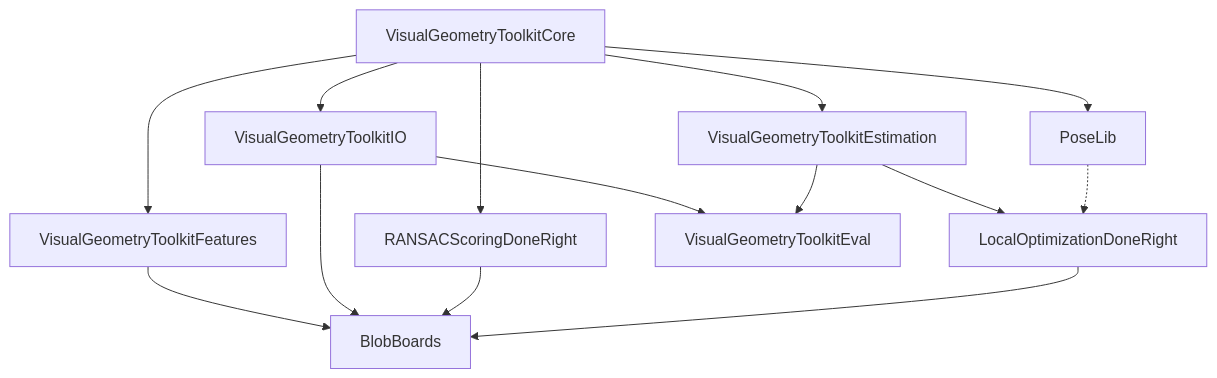
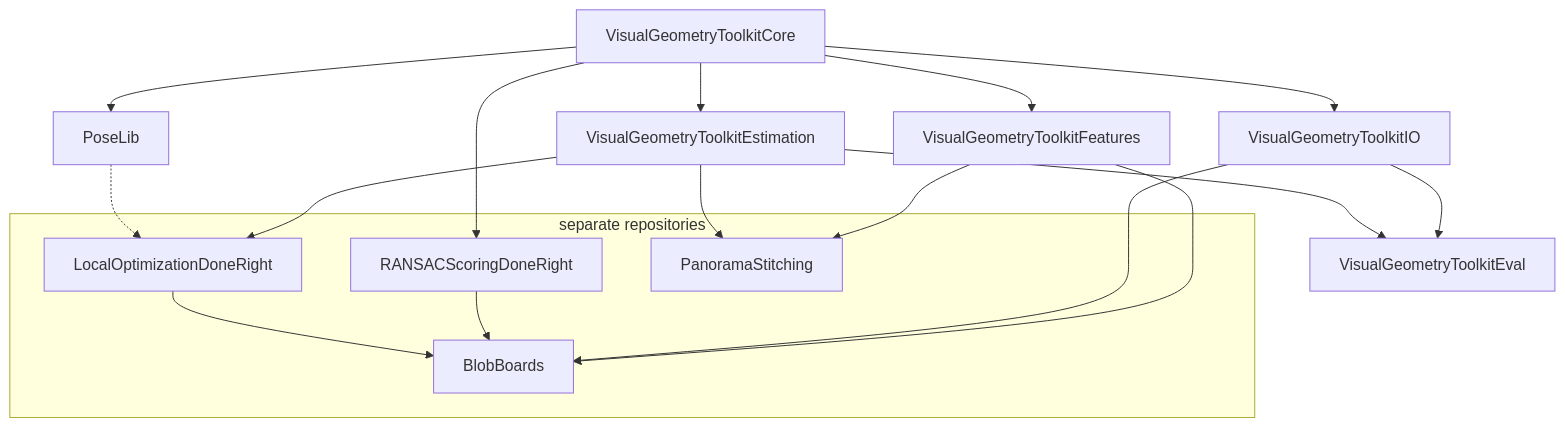
The diagram in README.md (VisualGeometryToolkit/VisualGeometryToolkit.jl), drawn with Mermaid before and after one commit. The commit also changed other lines of this file, not shown here.

Commit message:
README: the packages built on the toolkit in their own repositories, PanoramaStitching among them, as a table and in the stack diagram

````diff
--- a/README.md
+++ b/README.md
@@ -35,26 +39,31 @@
 ```mermaid
 graph TD
     VGC["VisualGeometryToolkitCore"]
     VGF["VisualGeometryToolkitFeatures"]
     VGIO["VisualGeometryToolkitIO"]
     RVG["VisualGeometryToolkitEstimation"]
     PL["PoseLib"]
-    RSDR["RANSACScoringDoneRight"]
-    LODR["LocalOptimizationDoneRight"]
     VGE["VisualGeometryToolkitEval"]
-    BB["BlobBoards"]
+    subgraph separate["separate repositories"]
+        RSDR["RANSACScoringDoneRight"]
+        LODR["LocalOptimizationDoneRight"]
+        BB["BlobBoards"]
+        PS["PanoramaStitching"]
+    end
 
     VGC --> VGF
     VGC --> VGIO
     VGC --> RVG
     VGC --> PL
     VGC --> RSDR
     VGIO --> VGE
     RVG --> VGE
     RVG --> LODR
     PL -.-> LODR
     VGF --> BB
     VGIO --> BB
     RSDR --> BB
     LODR --> BB
+    VGF --> PS
+    RVG --> PS
 ```
````
